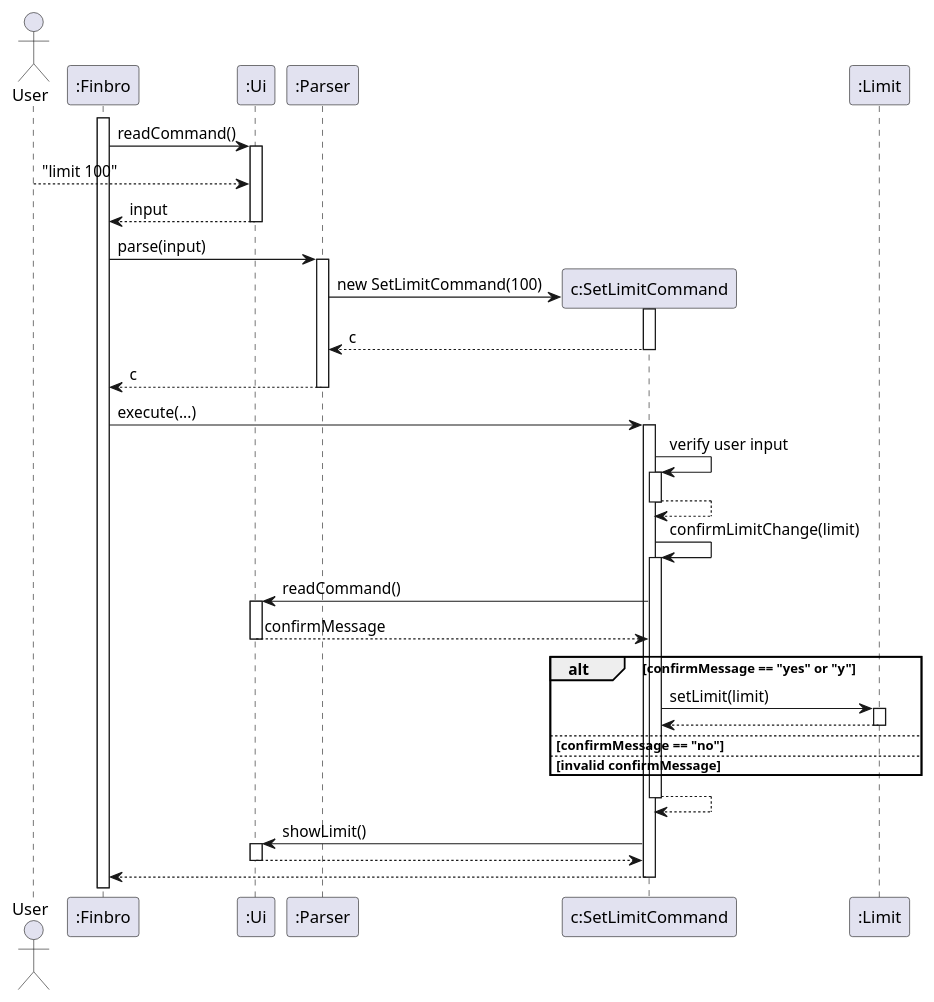
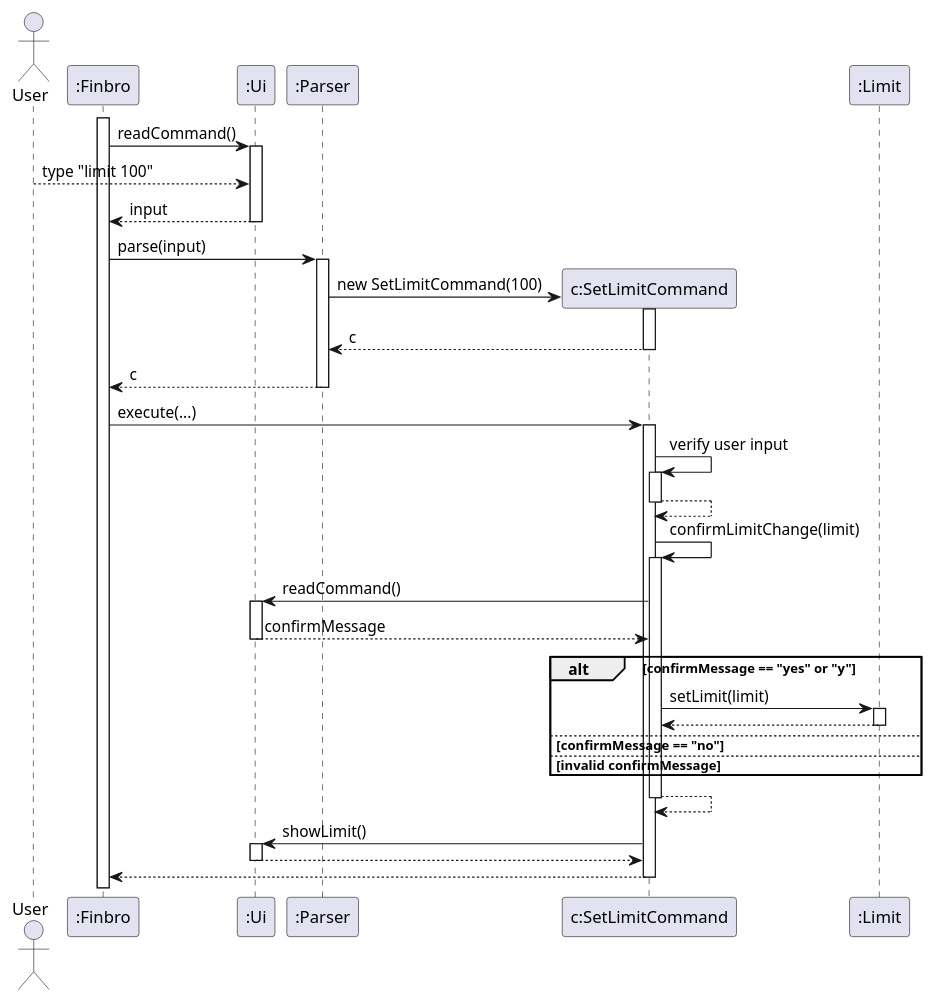
Before and after one commit to zihaoalt/tp: the diagram in docs/UML_diagrams/SetLimit.puml, drawn with PlantUML. The commit also changed 11 other files, not shown here.

Commit message:
Standardize UML diagrams

```diff
--- a/docs/UML_diagrams/SetLimit.puml
+++ b/docs/UML_diagrams/SetLimit.puml
@@ -1,40 +1,40 @@
 @startuml
 'https://plantuml.com/sequence-diagram
 
 actor User
 participant ":Finbro" as finbro
 participant ":Ui" as ui
 participant ":Parser" as parser
 
 activate finbro
 finbro -> ui++: readCommand()
-User --> ui: "limit 100"
+User --> ui: type "limit 100"
 return input
 
 finbro -> parser++: parse(input)
 create "c:SetLimitCommand" as c
 parser -> c++: new SetLimitCommand(100)
 return c
 return c
 
 finbro -> c++: execute(...)
 
 c -> c++: verify user input
 return
 c -> c++: confirmLimitChange(limit)
 c ->ui++: readCommand()
 return confirmMessage
 
 alt confirmMessage == "yes" or "y"
     c -> ":Limit"++: setLimit(limit)
     return
 else confirmMessage == "no"
 else invalid confirmMessage
 end
 return
 
 c -> ui++ : showLimit()
 return
 return
 
 @enduml
```
